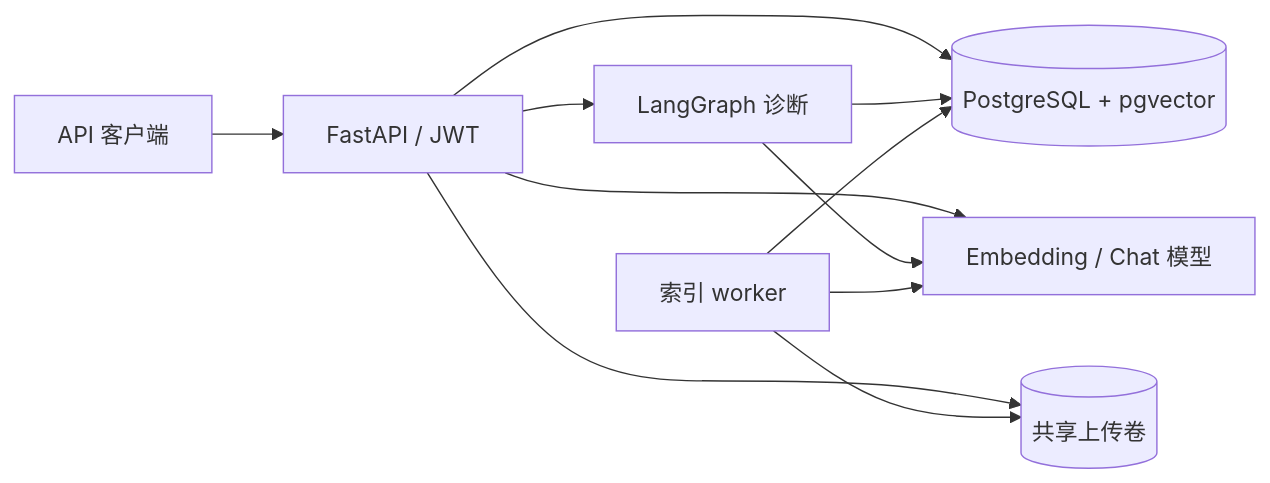
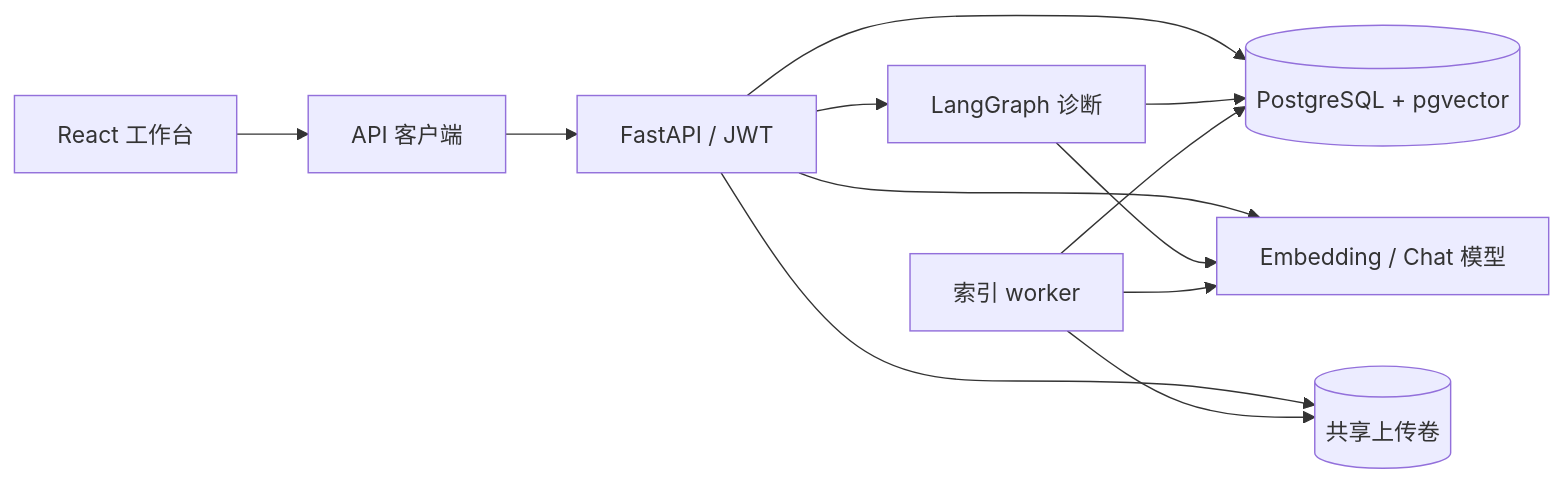
Before and after one commit to provenpeng/enterprise-agent-platform: the diagram in README.md, drawn with Mermaid. The commit also changed other lines of this file and 1 other file, not shown here.

Commit message:
ci(docs): validate web build and document local setup

````diff
--- a/README.md
+++ b/README.md
@@ -19,13 +20,14 @@
 ```mermaid
 flowchart LR
+    Web["React 工作台"] --> Client["API 客户端"]
     Client["API 客户端"] --> API["FastAPI / JWT"]
     API --> PG[("PostgreSQL + pgvector")]
     API --> Model["Embedding / Chat 模型"]
     API --> Graph["LangGraph 诊断"]
     Graph --> PG
     Graph --> Model
     API --> Uploads[("共享上传卷")]
     Worker["索引 worker"] --> PG
     Worker --> Uploads
     Worker --> Model
 ```
````
